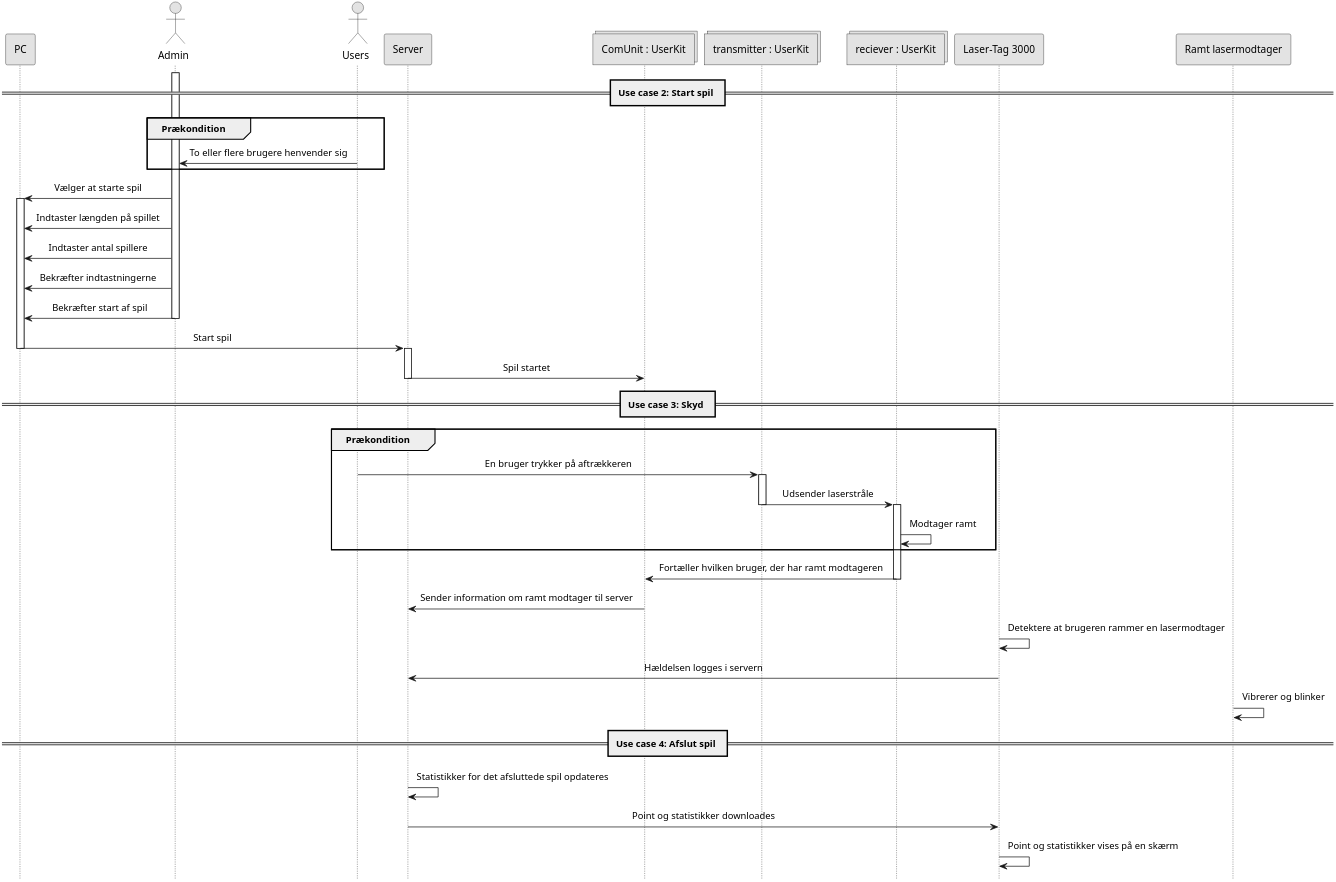
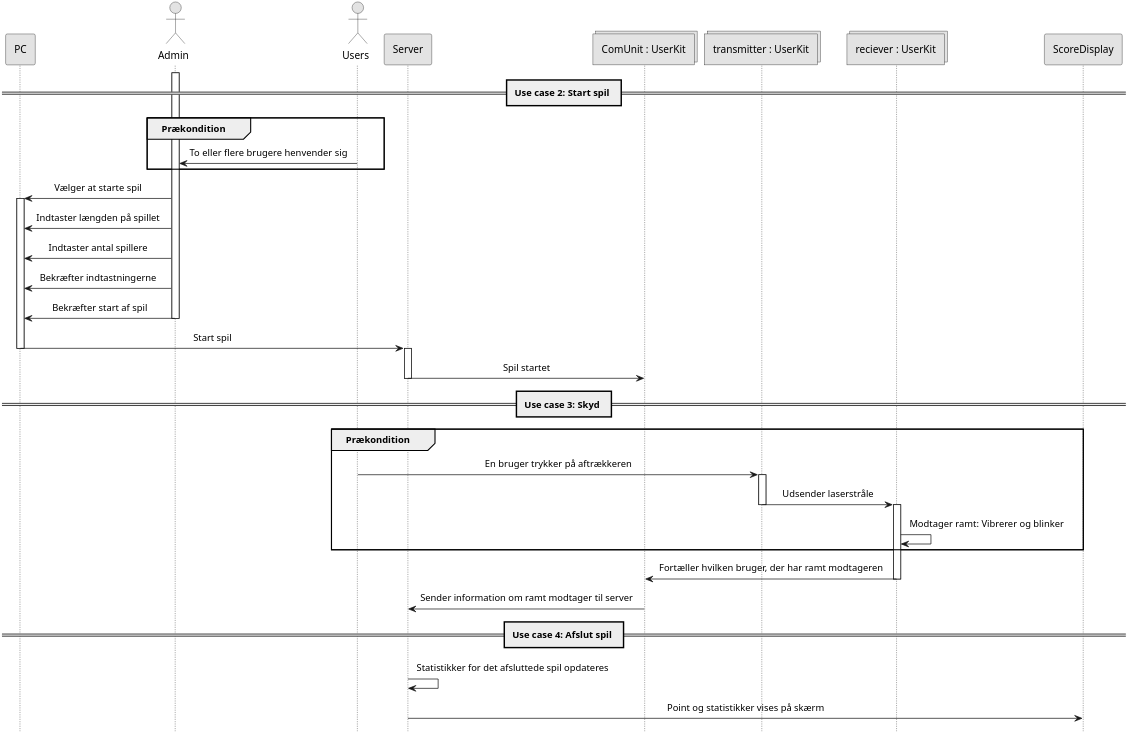
Before and after one commit to LasseKrarup/Laser-Tag-Project: the diagram in PlantUML/ssd-uc2-4.plantuml, drawn with PlantUML. The commit also changed 1 other file, not shown here.

```diff
--- a/PlantUML/ssd-uc2-4.plantuml
+++ b/PlantUML/ssd-uc2-4.plantuml
@@ -1,74 +1,66 @@
 @startuml ssd-uc2-4
 
 hide footbox
 
 skinparam {
     monochrome true
     dpi 300
     padding 5
     sequenceMessageAlign center
     packageStyle frame
     shadowing false
     'backgroundColor transparent
 }
 
 participant "PC" as pc
 actor Admin as admin
 
 actor Users as users
 participant "Server" as server
 collections "ComUnit : UserKit" as comUnit
 collections "transmitter : UserKit" as transmitter
 collections "reciever : UserKit" as reciever
-participant "Laser-Tag 3000" as laserTag
-participant "Ramt lasermodtager" as laserReciever
+participant "ScoreDisplay" as display
 
 == Use case 2: Start spil ==
 
 group Prækondition
     users -> admin: To eller flere brugere henvender sig
 end
 
 activate admin
 admin -> pc: Vælger at starte spil
 activate pc
 admin -> pc: Indtaster længden på spillet
 admin -> pc: Indtaster antal spillere
 admin -> pc: Bekræfter indtastningerne
 admin -> pc: Bekræfter start af spil
 deactivate admin
 pc -> server: Start spil
 deactivate pc
 activate server
 server -> comUnit: Spil startet
 deactivate server
 
 == Use case 3: Skyd ==
 
 group Prækondition
     users -> transmitter: En bruger trykker på aftrækkeren
     activate transmitter
     transmitter -> reciever: Udsender laserstråle
     deactivate transmitter
     activate reciever
-    reciever -> reciever: Modtager ramt
+    reciever -> reciever: Modtager ramt: Vibrerer og blinker
 end
 
 reciever -> comUnit: Fortæller hvilken bruger, der har ramt modtageren
 deactivate reciever
 
 comUnit -> server: Sender information om ramt modtager til server
 
-'Her går der noget galt - det er vel modtageren der detektere det og sender til server???
-laserTag -> laserTag: Detektere at brugeren rammer en lasermodtager
-laserTag -> server: Hældelsen logges i servern
-'Hvordan ved brugeren hvor mange point han har???
-laserReciever -> laserReciever: Vibrerer og blinker
-
 == Use case 4: Afslut spil ==
 
 server -> server: Statistikker for det afsluttede spil opdateres
-server -> laserTag: Point og statistikker downloades
-laserTag -> laserTag: Point og statistikker vises på en skærm
+server -> display: Point og statistikker vises på skærm
 
 @enduml
```
